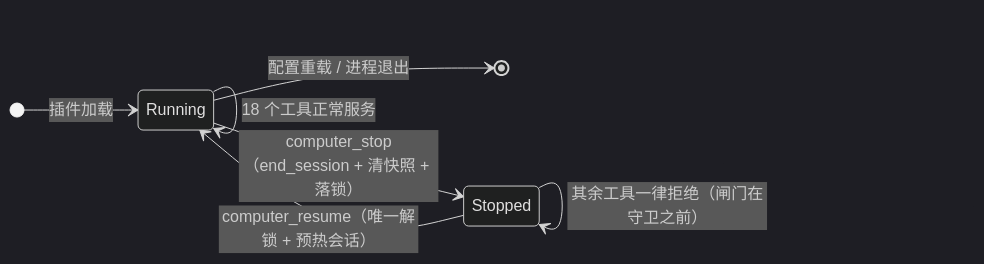
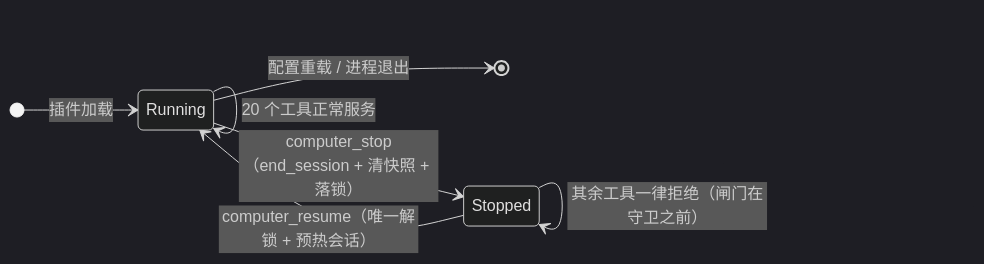
Before and after one commit to orangeofcarl0-sys/dsh-computer-use: the fourth of 4 diagrams in docs/ARCHITECTURE.md, drawn with Mermaid (dark theme). The commit also changed other lines of this file and 9 other files, not shown here.

````diff
--- a/docs/ARCHITECTURE.md
+++ b/docs/ARCHITECTURE.md
@@ -128,10 +132,10 @@
 ```mermaid
 stateDiagram-v2
   direction LR
   [*] --> Running: 插件加载
-  Running --> Running: 18 个工具正常服务
+  Running --> Running: 20 个工具正常服务
   Running --> Stopped: computer_stop<br/>（end_session + 清快照 + 落锁）
   Stopped --> Stopped: 其余工具一律拒绝（闸门在守卫之前）
   Stopped --> Running: computer_resume（唯一解锁 + 预热会话）
   Running --> [*]: 配置重载 / 进程退出
 ```
````
